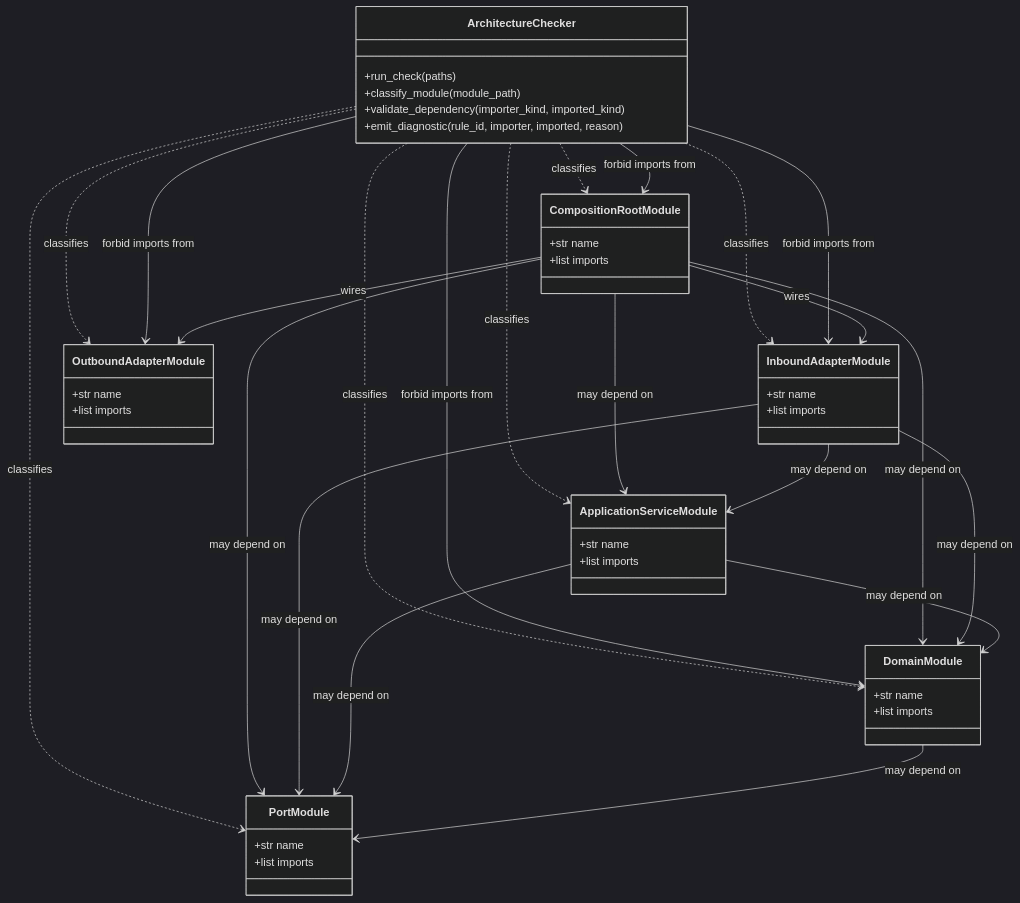
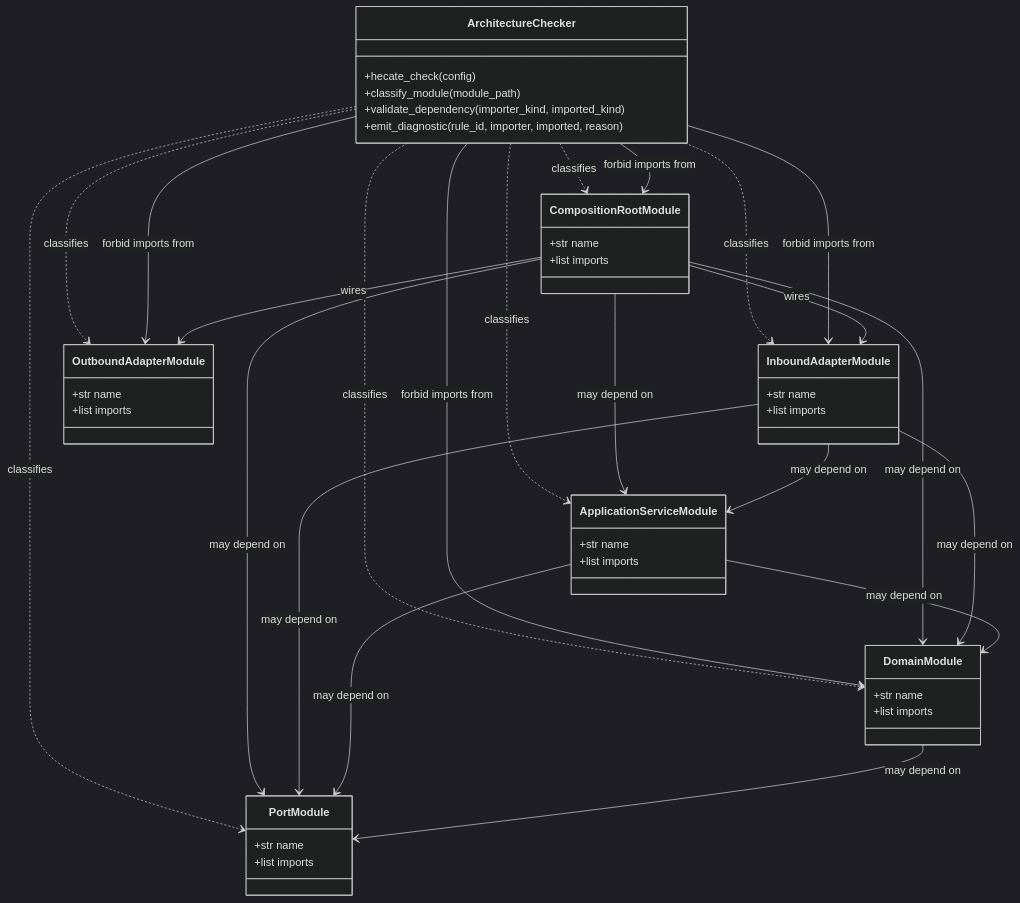
One commit to leynos/episodic changed the first of 17 diagrams in docs/episodic-podcast-generation-system-design.md. Above: the diagram before and after it, drawn with Mermaid (dark theme). The commit also changed other lines of this file and 20 other files, not shown here.

First line of the commit message:
Adopt Hecate for architecture checks (#107)

````diff
--- a/docs/episodic-podcast-generation-system-design.md
+++ b/docs/episodic-podcast-generation-system-design.md
@@ -131,65 +131,65 @@
 ```mermaid
 classDiagram
   class DomainModule {
     +str name
     +list imports
   }
 
   class PortModule {
     +str name
     +list imports
   }
 
   class ApplicationServiceModule {
     +str name
     +list imports
   }
 
   class InboundAdapterModule {
     +str name
     +list imports
   }
 
   class OutboundAdapterModule {
     +str name
     +list imports
   }
 
   class CompositionRootModule {
     +str name
     +list imports
   }
 
   class ArchitectureChecker {
-    +run_check(paths)
+    +hecate_check(config)
     +classify_module(module_path)
     +validate_dependency(importer_kind, imported_kind)
     +emit_diagnostic(rule_id, importer, imported, reason)
   }
 
   %% Allowed dependency directions
   DomainModule --> PortModule : may depend on
   ApplicationServiceModule --> DomainModule : may depend on
   ApplicationServiceModule --> PortModule : may depend on
   InboundAdapterModule --> DomainModule : may depend on
   InboundAdapterModule --> ApplicationServiceModule : may depend on
   InboundAdapterModule --> PortModule : may depend on
   CompositionRootModule --> InboundAdapterModule : wires
   CompositionRootModule --> OutboundAdapterModule : wires
   CompositionRootModule --> DomainModule : may depend on
   CompositionRootModule --> ApplicationServiceModule : may depend on
   CompositionRootModule --> PortModule : may depend on
 
   %% Forbidden directions (conceptual, enforced by checker)
   ArchitectureChecker --> DomainModule : forbid imports from
   ArchitectureChecker --> InboundAdapterModule : forbid imports from
   ArchitectureChecker --> OutboundAdapterModule : forbid imports from
   ArchitectureChecker --> CompositionRootModule : forbid imports from
 
   ArchitectureChecker ..> DomainModule : classifies
   ArchitectureChecker ..> PortModule : classifies
   ArchitectureChecker ..> ApplicationServiceModule : classifies
   ArchitectureChecker ..> InboundAdapterModule : classifies
   ArchitectureChecker ..> OutboundAdapterModule : classifies
   ArchitectureChecker ..> CompositionRootModule : classifies
 ```
````
